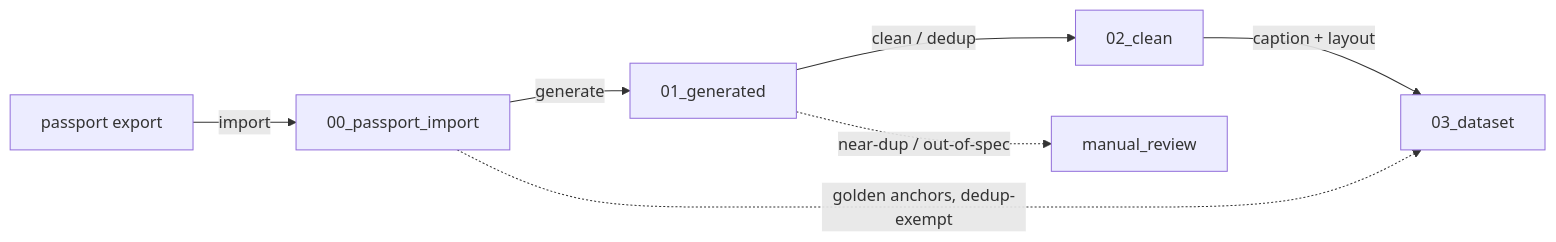
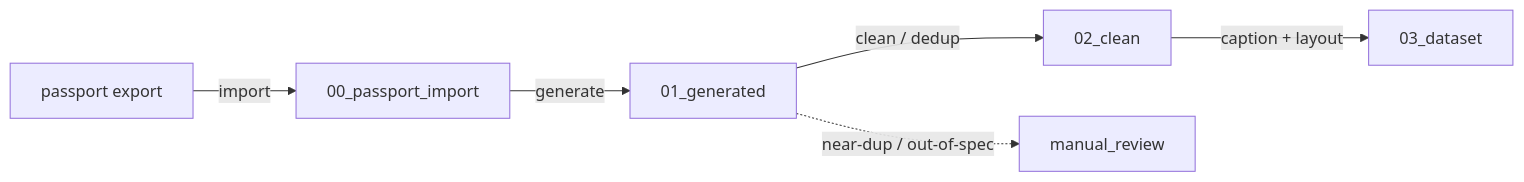
One commit to hleserg/make-char-dataset changed the diagram in docs/architecture/SYSTEM.md. Above: the diagram before and after it, drawn with Mermaid. The commit also changed other lines of this file and 8 other files, not shown here.

````diff
--- a/docs/architecture/SYSTEM.md
+++ b/docs/architecture/SYSTEM.md
@@ -48,9 +53,8 @@
 ```mermaid
 flowchart LR
     PP[passport export] -->|import| Imp[00_passport_import]
     Imp -->|generate| Gen[01_generated]
     Gen -->|clean / dedup| Cl[02_clean]
     Cl -->|caption + layout| DS[03_dataset]
-    Imp -.golden anchors, dedup-exempt.-> DS
     Gen -.near-dup / out-of-spec.-> MR[manual_review]
 ```
````
